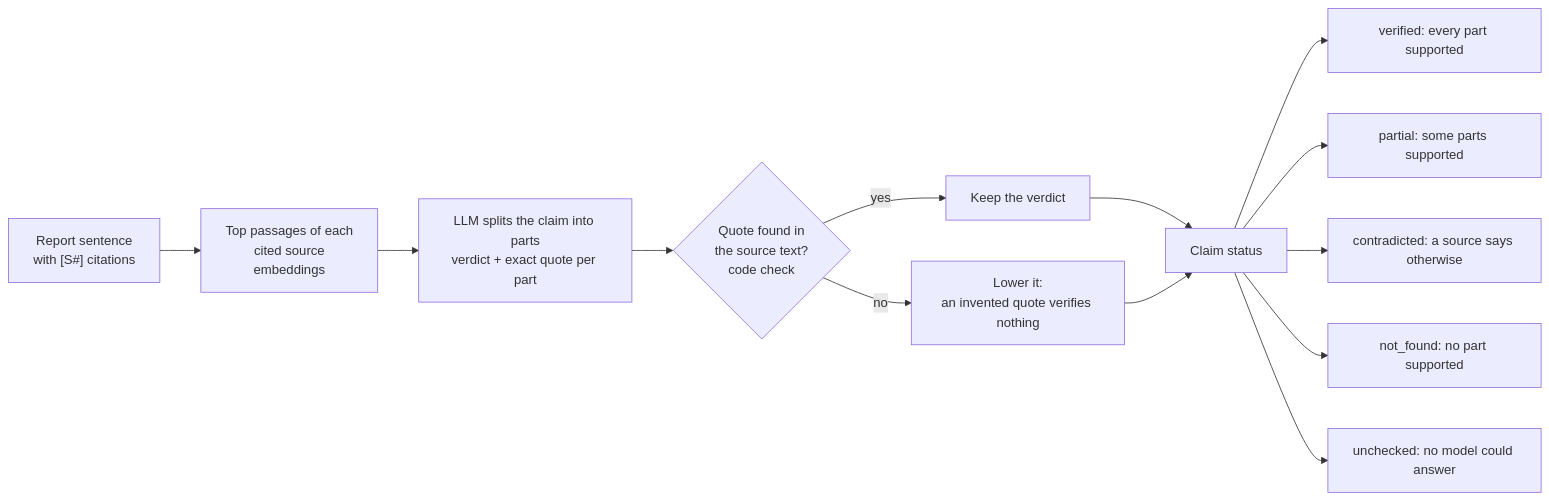
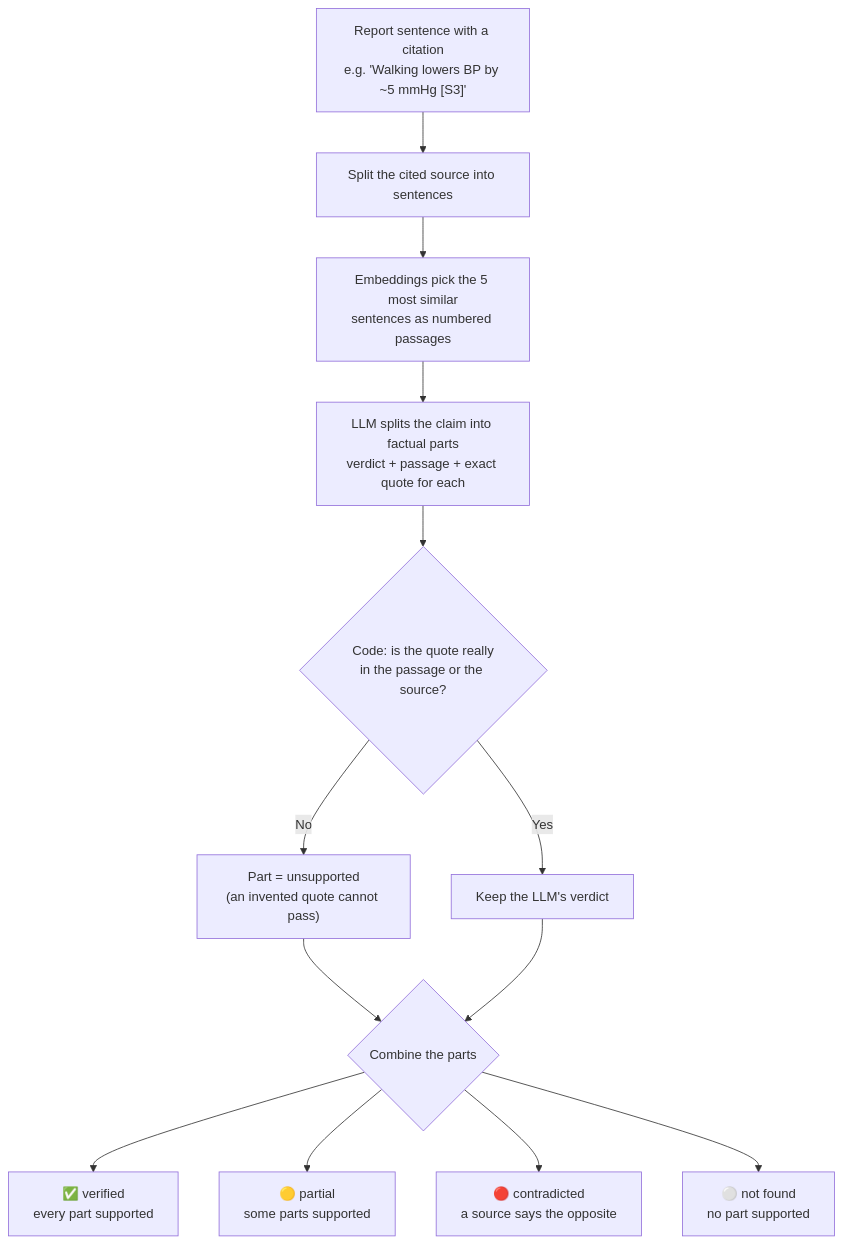
Before and after one commit to nirmaytripathi/Apollo: the third of 6 diagrams in README.md, drawn with Mermaid. The commit also changed other lines of this file, not shown here.

Commit message:
Rewrite README with architecture diagrams and project overview

````diff
--- a/README.md
+++ b/README.md
@@ -457,14 +147,14 @@
 ```mermaid
-flowchart LR
-    C["Report sentence<br/>with [S#] citations"] --> P["Top passages of each<br/>cited source<br/>embeddings"]
-    P --> J["LLM splits the claim into parts<br/>verdict + exact quote per part"]
-    J --> Q{"Quote found in<br/>the source text?<br/>code check"}
-    Q -- yes --> K["Keep the verdict"]
-    Q -- no --> D["Lower it:<br/>an invented quote verifies nothing"]
-    K & D --> S["Claim status"]
-    S --> V1["verified: every part supported"]
-    S --> V2["partial: some parts supported"]
-    S --> V3["contradicted: a source says otherwise"]
-    S --> V4["not_found: no part supported"]
-    S --> V5["unchecked: no model could answer"]
+flowchart TD
+    A["Report sentence with a citation<br/>e.g. 'Walking lowers BP by ~5 mmHg [S3]'"] --> B["Split the cited source into sentences"]
+    B --> C["Embeddings pick the 5 most similar<br/>sentences as numbered passages"]
+    C --> D["LLM splits the claim into factual parts<br/>verdict + passage + exact quote for each"]
+    D --> E{"Code: is the quote really<br/>in the passage or the source?"}
+    E -- "No" --> F["Part = unsupported<br/>(an invented quote cannot pass)"]
+    E -- "Yes" --> G["Keep the LLM's verdict"]
+    F & G --> H{"Combine the parts"}
+    H --> V["✅ verified<br/>every part supported"]
+    H --> P["🟡 partial<br/>some parts supported"]
+    H --> X["🔴 contradicted<br/>a source says the opposite"]
+    H --> N["⚪ not found<br/>no part supported"]
 ```
````
